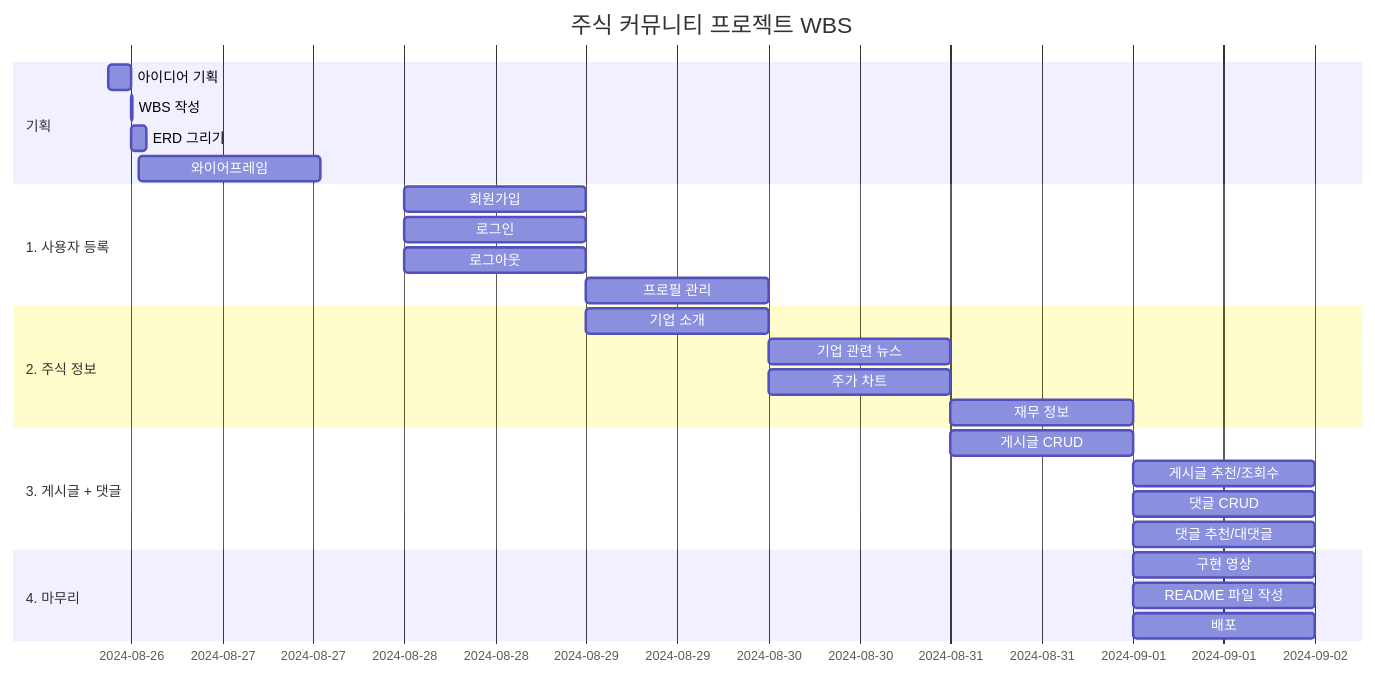
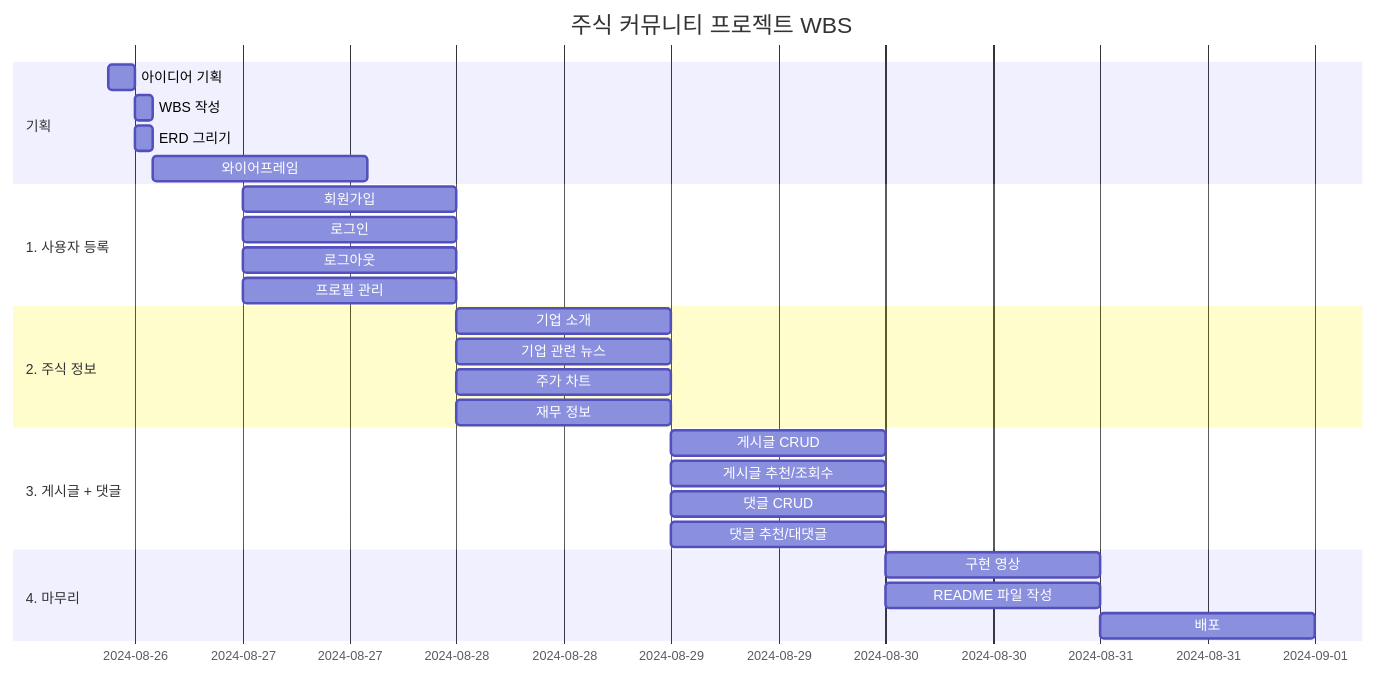
One commit to Donggyu-Kim1/stalk changed the first of 3 diagrams in README.md. Above: the diagram before and after it, drawn with Mermaid.

Commit message:
wbs 수정

````diff
--- a/README.md
+++ b/README.md
@@ -188,34 +188,34 @@
 ```mermaid
 gantt
     title 주식 커뮤니티 프로젝트 WBS
     dateFormat  YYYY-MM-DD HH:mm
 
     section 기획
     아이디어 기획      :2024-08-26 09:00, 3h
-    WBS 작성          :2024-08-26 12:00, 10m
+    WBS 작성          :2024-08-26 12:00, 2h
     ERD 그리기         :2024-08-26 12:00, 2h
-    와이어프레임        :2024-08-26 13:00, 1d
+    와이어프레임        :2024-08-26 14:00, 1d
 
     section 1. 사용자 등록
-    회원가입           :2024-08-28, 1d
-    로그인             :2024-08-28, 1d
-    로그아웃           :2024-08-28, 1d
-    프로필 관리         :2024-08-29, 1d
+    회원가입           :2024-08-27, 1d
+    로그인             :2024-08-27, 1d
+    로그아웃           :2024-08-27, 1d
+    프로필 관리         :2024-08-27, 1d
 
     section 2. 주식 정보
-    기업 소개          :2024-08-29, 1d
-    기업 관련 뉴스      :2024-08-30, 1d
-    주가 차트          :2024-08-30, 1d
-    재무 정보          :2024-08-31, 1d
+    기업 소개          :2024-08-28, 1d
+    기업 관련 뉴스      :2024-08-28, 1d
+    주가 차트          :2024-08-28, 1d
+    재무 정보          :2024-08-28, 1d
 
     section 3. 게시글 + 댓글
-    게시글 CRUD        :2024-08-31, 1d
-    게시글 추천/조회수   :2024-09-01, 1d
-    댓글 CRUD          :2024-09-01, 1d
-    댓글 추천/대댓글     :2024-09-01, 1d
+    게시글 CRUD        :2024-08-29, 1d
+    게시글 추천/조회수   :2024-08-29, 1d
+    댓글 CRUD          :2024-08-29, 1d
+    댓글 추천/대댓글     :2024-08-29, 1d
 
     section 4. 마무리
-    구현 영상          :2024-09-01, 1d
-    README 파일 작성   :2024-09-01, 1d
-    배포              :2024-09-01, 1d
+    구현 영상          :2024-08-30, 1d
+    README 파일 작성   :2024-08-30, 1d
+    배포              :2024-08-31, 1d
 ```
````
